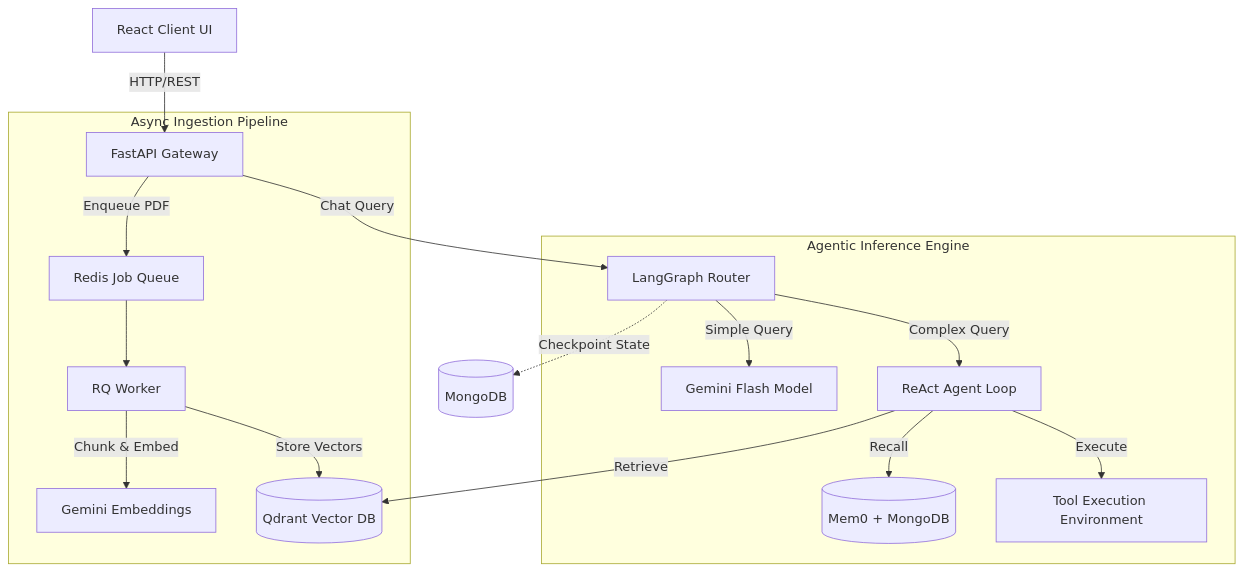
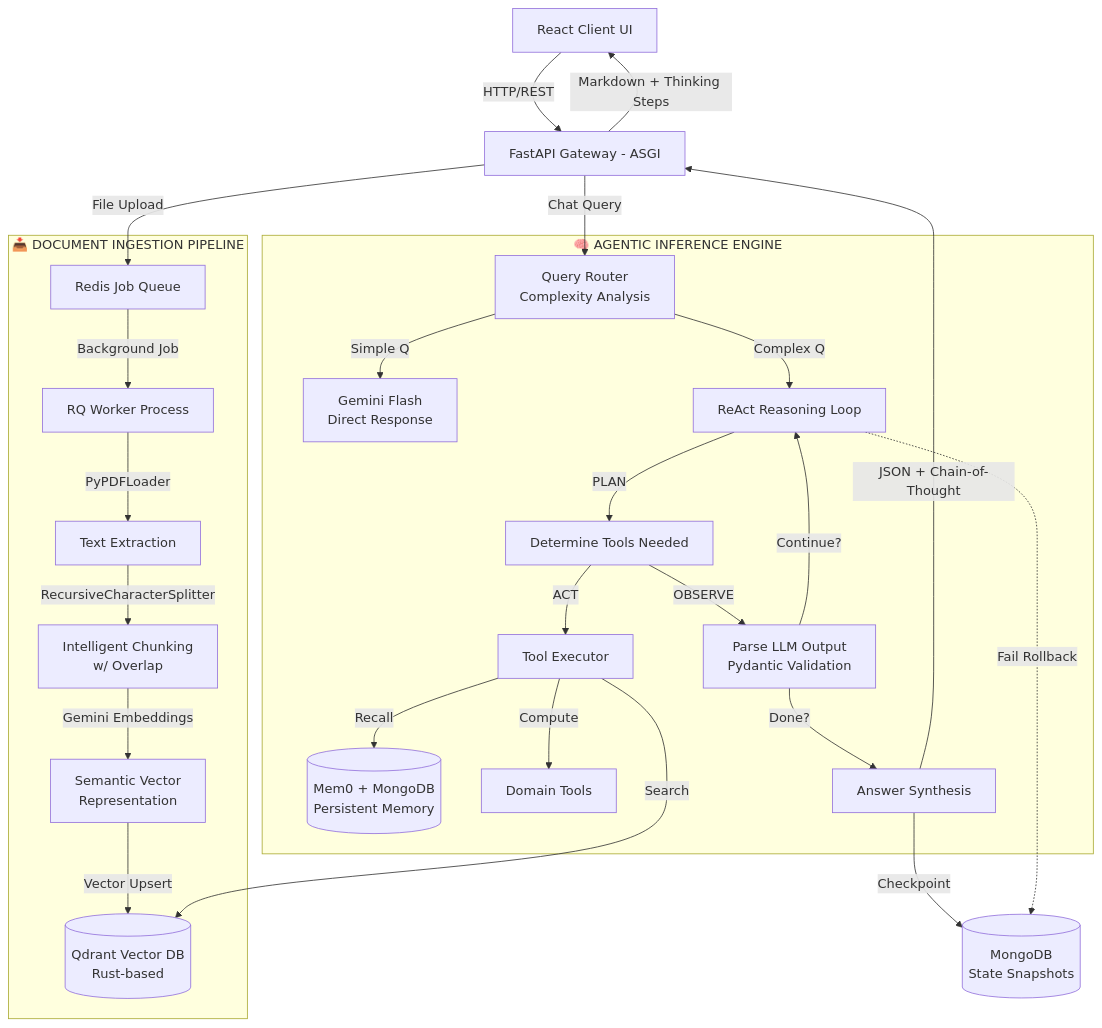
Before and after one commit to technopradyumn/documind_ai: the diagram in README.md, drawn with Mermaid. The commit also changed other lines of this file, not shown here.

````diff
--- a/README.md
+++ b/README.md
@@ -52,27 +76,41 @@
 ```mermaid
 graph TD
-    %% Frontend
-    Client[React Client UI] -->|HTTP/REST| API[FastAPI Gateway]
+    %% Client Layer
+    Client[React Client UI]
+    Client -->|HTTP/REST| Gateway[FastAPI Gateway - ASGI]
     
-    %% Ingestion Flow
-    subgraph Async Ingestion Pipeline
-        API -->|Enqueue PDF| Redis[Redis Job Queue]
-        Redis --> Worker[RQ Worker]
-        Worker -->|Chunk & Embed| GenAI[Gemini Embeddings]
-        Worker -->|Store Vectors| Qdrant[(Qdrant Vector DB)]
+    %% Request Routing
+    Gateway -->|Chat Query| Router[Query Router<br/>Complexity Analysis]
+    Gateway -->|File Upload| Queue[Redis Job Queue]
+    
+    %% Parallel Processing Paths
+    subgraph Ingestion["📥 DOCUMENT INGESTION PIPELINE"]
+        Queue -->|Background Job| Worker[RQ Worker Process]
+        Worker -->|PyPDFLoader| Parser[Text Extraction]
+        Parser -->|RecursiveCharacterSplitter| Chunker[Intelligent Chunking<br/>w/ Overlap]
+        Chunker -->|Gemini Embeddings| Embed[Semantic Vector<br/>Representation]
+        Embed -->|Vector Upsert| Qdrant[(Qdrant Vector DB<br/>Rust-based)]
     end
     
-    %% Inference Flow
-    subgraph Agentic Inference Engine
-        API -->|Chat Query| Graph[LangGraph Router]
-        Graph -->|Simple Query| Flash[Gemini Flash Model]
-        Graph -->|Complex Query| ReAct[ReAct Agent Loop]
+    subgraph Inference["🧠 AGENTIC INFERENCE ENGINE"]
+        Router -->|Simple Q| FastPath[Gemini Flash<br/>Direct Response]
+        Router -->|Complex Q| ReActLoop[ReAct Reasoning Loop]
         
-        ReAct -->|Retrieve| Qdrant
-        ReAct -->|Recall| Mem0[(Mem0 + MongoDB)]
-        ReAct -->|Execute| Tools[Tool Execution Environment]
+        ReActLoop -->|PLAN| Decision[Determine Tools Needed]
+        Decision -->|ACT| Tools[Tool Executor]
+        Tools -->|Search| Qdrant
+        Tools -->|Recall| MemSystem[(Mem0 + MongoDB<br/>Persistent Memory)]
+        Tools -->|Compute| Calculator[Domain Tools]
+        Decision -->|OBSERVE| Feedback[Parse LLM Output<br/>Pydantic Validation]
+        Feedback -->|Continue?| ReActLoop
+        Feedback -->|Done?| Synthesizer[Answer Synthesis]
     end
     
-    %% Checkpointing
-    Graph -.->|Checkpoint State| Mongo[(MongoDB)]
+    %% State Management
+    Synthesizer -->|Checkpoint| Mongo[(MongoDB<br/>State Snapshots)]
+    ReActLoop -.->|Fail Rollback| Mongo
+    
+    %% Output
+    Synthesizer -->|JSON + Chain-of-Thought| Gateway
+    Gateway -->|Markdown + Thinking Steps| Client
 ```
````
